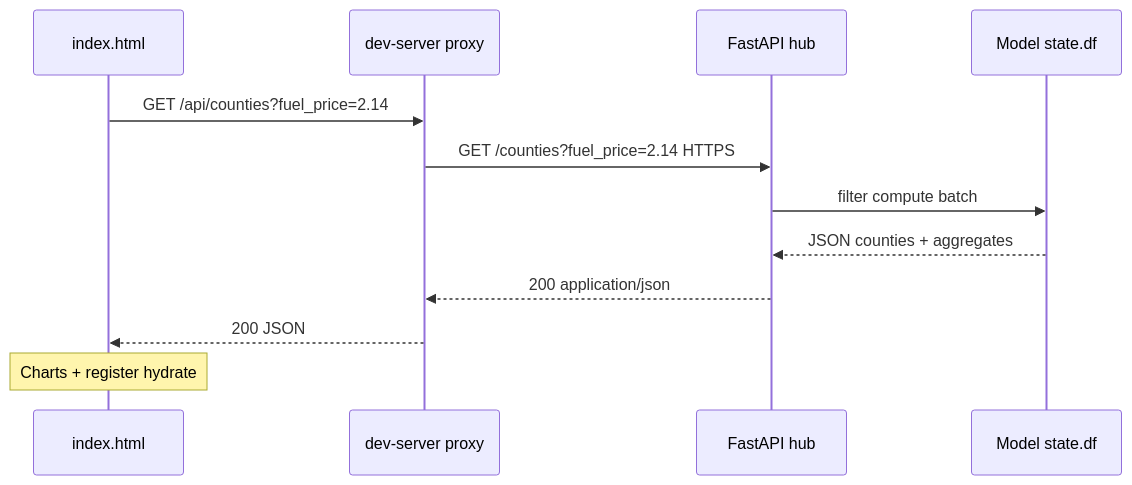
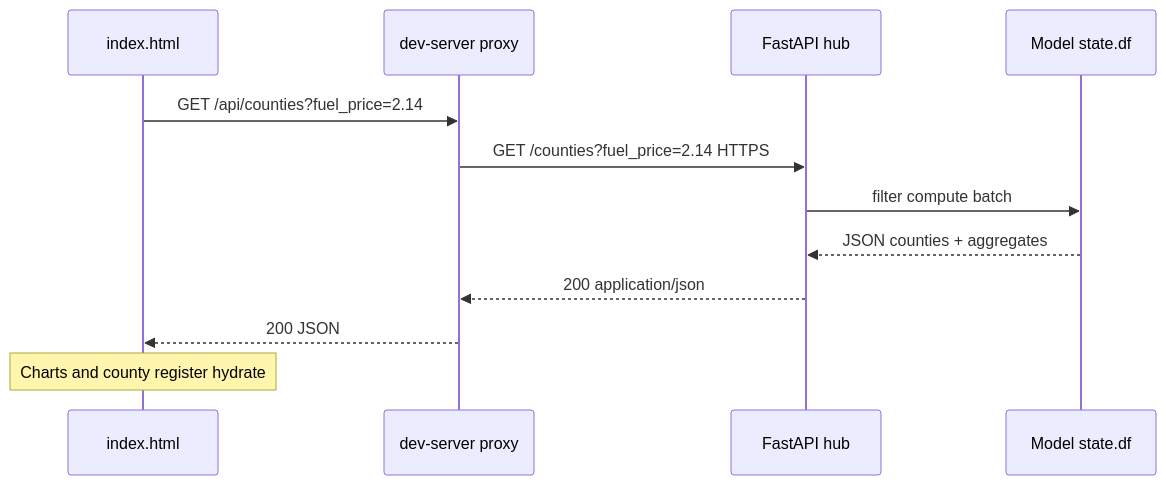
The third of 3 diagrams in README.md (Manoj7ar/Fuel-Fault), drawn with Mermaid before and after one commit. The commit also changed other lines of this file and 1 other file, not shown here.

````diff
--- a/README.md
+++ b/README.md
@@ -114,14 +138,14 @@
 ```mermaid
 sequenceDiagram
   participant U as index.html
   participant P as dev-server proxy
   participant H as FastAPI hub
   participant M as Model state.df
   U->>P: GET /api/counties?fuel_price=2.14
   P->>H: GET /counties?fuel_price=2.14 HTTPS
   H->>M: filter compute batch
   M-->>H: JSON counties + aggregates
   H-->>P: 200 application/json
   P-->>U: 200 JSON
-  Note over U: Charts + register hydrate
+  Note over U: Charts and county register hydrate
 ```
````
